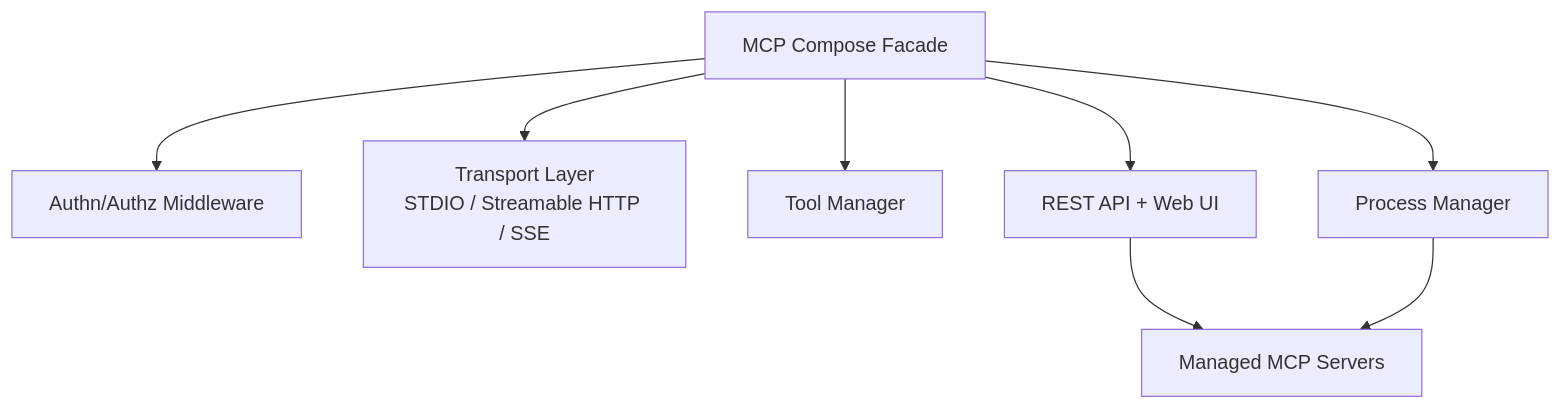
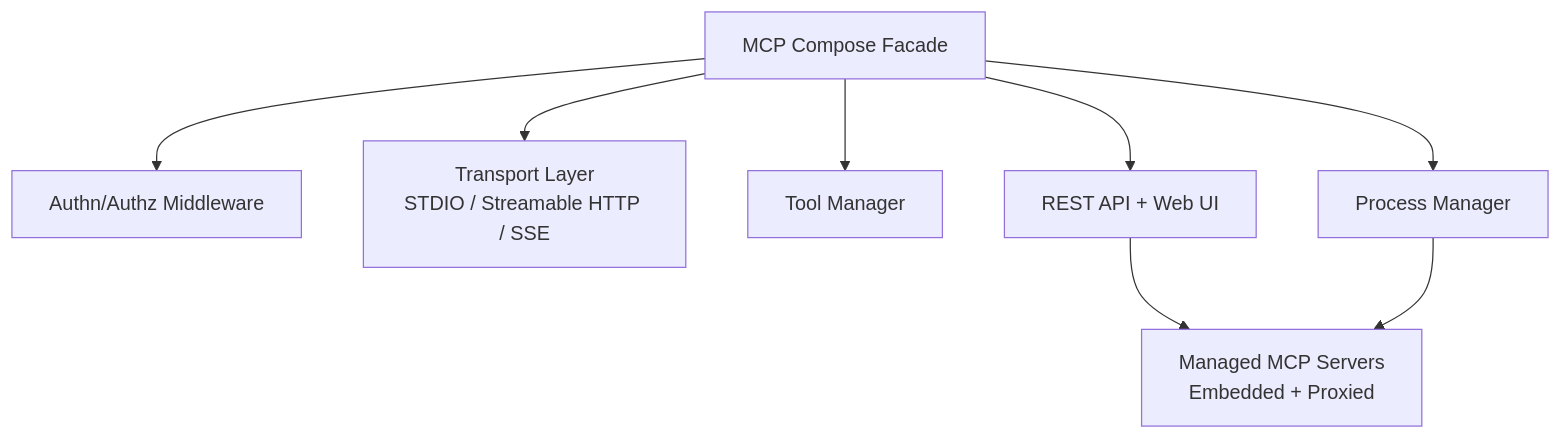
Before and after one commit to datalayer/mcp-compose: the diagram in docs/docs/architecture/index.mdx, drawn with Mermaid. The commit also changed other lines of this file and 12 other files, not shown here.

````diff
--- a/docs/docs/architecture/index.mdx
+++ b/docs/docs/architecture/index.mdx
@@ -19,18 +40,18 @@
 ```mermaid
 graph TD
     Facade[MCP Compose Facade]
     Auth[Authn/Authz Middleware]
     Transport[Transport Layer<br/>STDIO / Streamable HTTP / SSE]
     ToolMgr[Tool Manager]
     ProcMgr[Process Manager]
     API[REST API + Web UI]
-    Servers[Managed MCP Servers]
+    Servers[Managed MCP Servers<br/>Embedded + Proxied]
 
     Facade --> Auth
     Facade --> Transport
     Facade --> ToolMgr
     Facade --> ProcMgr
     Facade --> API
     API --> Servers
     ProcMgr --> Servers
 ```
````
